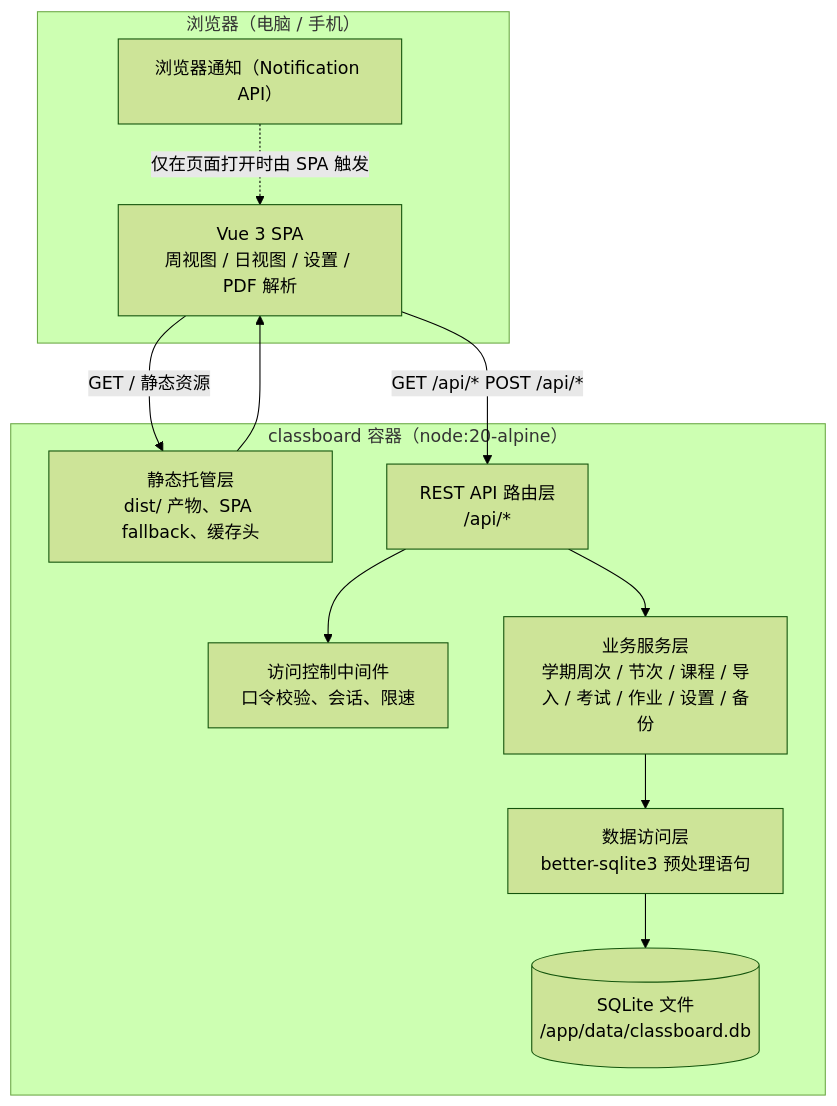
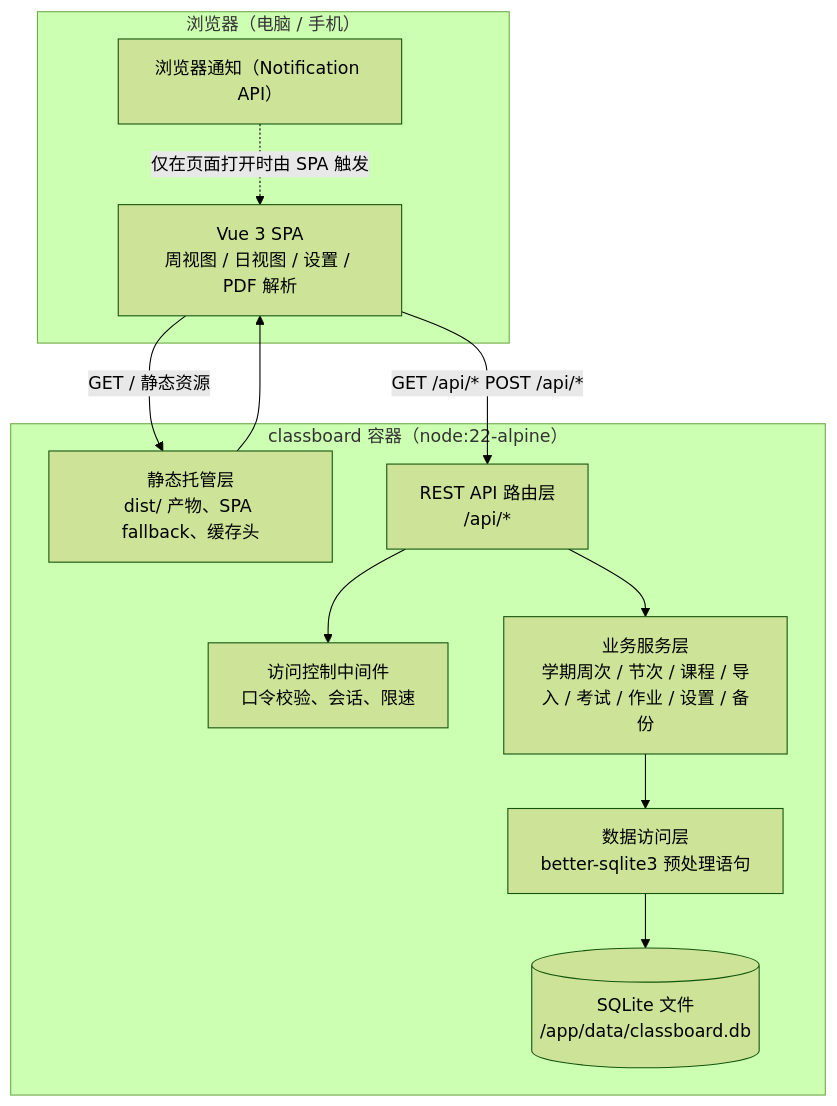
One commit to 0sour/ClassBoard changed the first of 4 diagrams in docs/02-技术设计文档.md. Above: the diagram before and after it, drawn with Mermaid (forest theme). The commit also changed other lines of this file and 6 other files, not shown here.

Commit message:
docs: 全量文档同步至当前实现——Docker 部署已实现（node:22/代理/3005 端口）、移动端双日视图、冲突分栏、审计修复、版本号 v2.8、补占位 commit

````diff
--- a/docs/02-技术设计文档.md
+++ b/docs/02-技术设计文档.md
@@ -72,23 +72,23 @@
 ```mermaid
 graph TB
     subgraph 浏览器["浏览器（电脑 / 手机）"]
         SPA["Vue 3 SPA<br/>周视图 / 日视图 / 设置 / PDF 解析"]
         NOTIF["浏览器通知（Notification API）"]
     end
-    subgraph 容器["classboard 容器（node:20-alpine）"]
+    subgraph 容器["classboard 容器（node:22-alpine）"]
         STATIC["静态托管层<br/>dist/ 产物、SPA fallback、缓存头"]
         ACCESS["访问控制中间件<br/>口令校验、会话、限速"]
         API["REST API 路由层<br/>/api/*"]
         BIZ["业务服务层<br/>学期周次 / 节次 / 课程 / 导入 / 考试 / 作业 / 设置 / 备份"]
         REPO["数据访问层<br/>better-sqlite3 预处理语句"]
         DB[("SQLite 文件<br/>/app/data/classboard.db")]
     end
     SPA -->|"GET / 静态资源"| STATIC
     SPA -->|"GET /api/* POST /api/*"| API
     API --> ACCESS
     API --> BIZ
     BIZ --> REPO
     REPO --> DB
     STATIC --> SPA
     NOTIF -.->|"仅在页面打开时由 SPA 触发"| SPA
 ```
````
